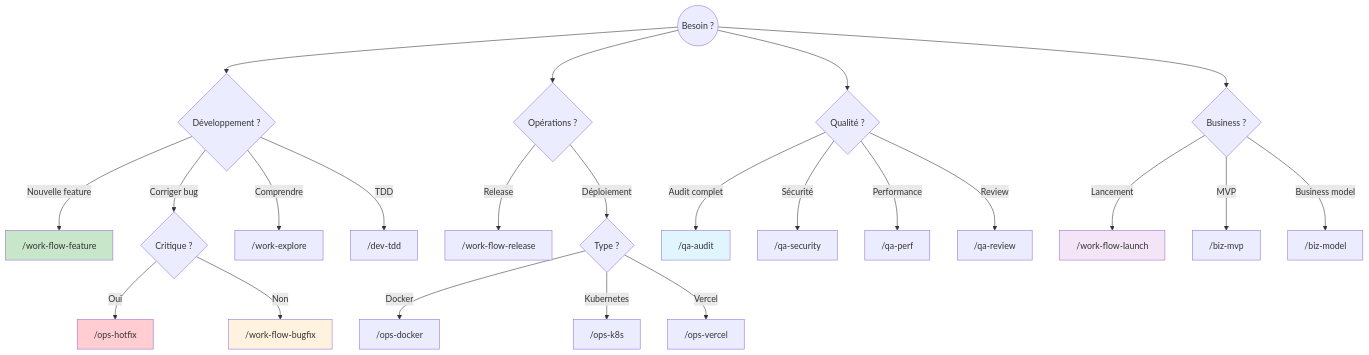
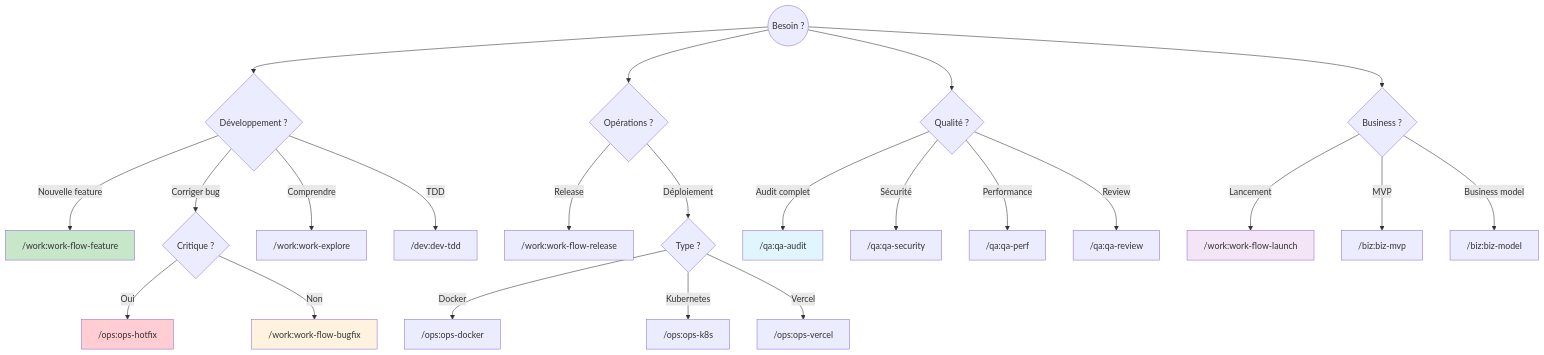
One commit to christopherlouet/claude-base changed the diagram in website/docs/workflow/choosing-workflow.md. Above: the diagram before and after it, drawn with Mermaid. The commit also changed other lines of this file and 318 other files, not shown here.

````diff
--- a/website/docs/workflow/choosing-workflow.md
+++ b/website/docs/workflow/choosing-workflow.md
@@ -13,40 +13,40 @@
 ```mermaid
 flowchart TD
     START((Besoin ?)) --> DEV{Développement ?}
     START --> OPS{Opérations ?}
     START --> QUALITY{Qualité ?}
     START --> BIZ{Business ?}
 
     %% Développement
-    DEV -->|Nouvelle feature| FEAT["/work-flow-feature"]
+    DEV -->|Nouvelle feature| FEAT["/work:work-flow-feature"]
     DEV -->|Corriger bug| BUG{Critique ?}
-    BUG -->|Oui| HOTFIX["/ops-hotfix"]
-    BUG -->|Non| BUGFIX["/work-flow-bugfix"]
-    DEV -->|Comprendre| EXPLORE["/work-explore"]
-    DEV -->|TDD| TDD["/dev-tdd"]
+    BUG -->|Oui| HOTFIX["/ops:ops-hotfix"]
+    BUG -->|Non| BUGFIX["/work:work-flow-bugfix"]
+    DEV -->|Comprendre| EXPLORE["/work:work-explore"]
+    DEV -->|TDD| TDD["/dev:dev-tdd"]
 
     %% Opérations
-    OPS -->|Release| RELEASE["/work-flow-release"]
+    OPS -->|Release| RELEASE["/work:work-flow-release"]
     OPS -->|Déploiement| DEPLOY{Type ?}
-    DEPLOY -->|Docker| DOCKER["/ops-docker"]
-    DEPLOY -->|Kubernetes| K8S["/ops-k8s"]
-    DEPLOY -->|Vercel| VERCEL["/ops-vercel"]
+    DEPLOY -->|Docker| DOCKER["/ops:ops-docker"]
+    DEPLOY -->|Kubernetes| K8S["/ops:ops-k8s"]
+    DEPLOY -->|Vercel| VERCEL["/ops:ops-vercel"]
 
     %% Qualité
-    QUALITY -->|Audit complet| AUDIT["/qa-audit"]
-    QUALITY -->|Sécurité| SEC["/qa-security"]
-    QUALITY -->|Performance| PERF["/qa-perf"]
-    QUALITY -->|Review| REVIEW["/qa-review"]
+    QUALITY -->|Audit complet| AUDIT["/qa:qa-audit"]
+    QUALITY -->|Sécurité| SEC["/qa:qa-security"]
+    QUALITY -->|Performance| PERF["/qa:qa-perf"]
+    QUALITY -->|Review| REVIEW["/qa:qa-review"]
 
     %% Business
-    BIZ -->|Lancement| LAUNCH["/work-flow-launch"]
-    BIZ -->|MVP| MVP["/biz-mvp"]
-    BIZ -->|Business model| MODEL["/biz-model"]
+    BIZ -->|Lancement| LAUNCH["/work:work-flow-launch"]
+    BIZ -->|MVP| MVP["/biz:biz-mvp"]
+    BIZ -->|Business model| MODEL["/biz:biz-model"]
 
     %% Styles
     style FEAT fill:#c8e6c9
     style HOTFIX fill:#ffcdd2
     style BUGFIX fill:#fff3e0
     style AUDIT fill:#e1f5fe
     style LAUNCH fill:#f3e5f5
 ```
````
